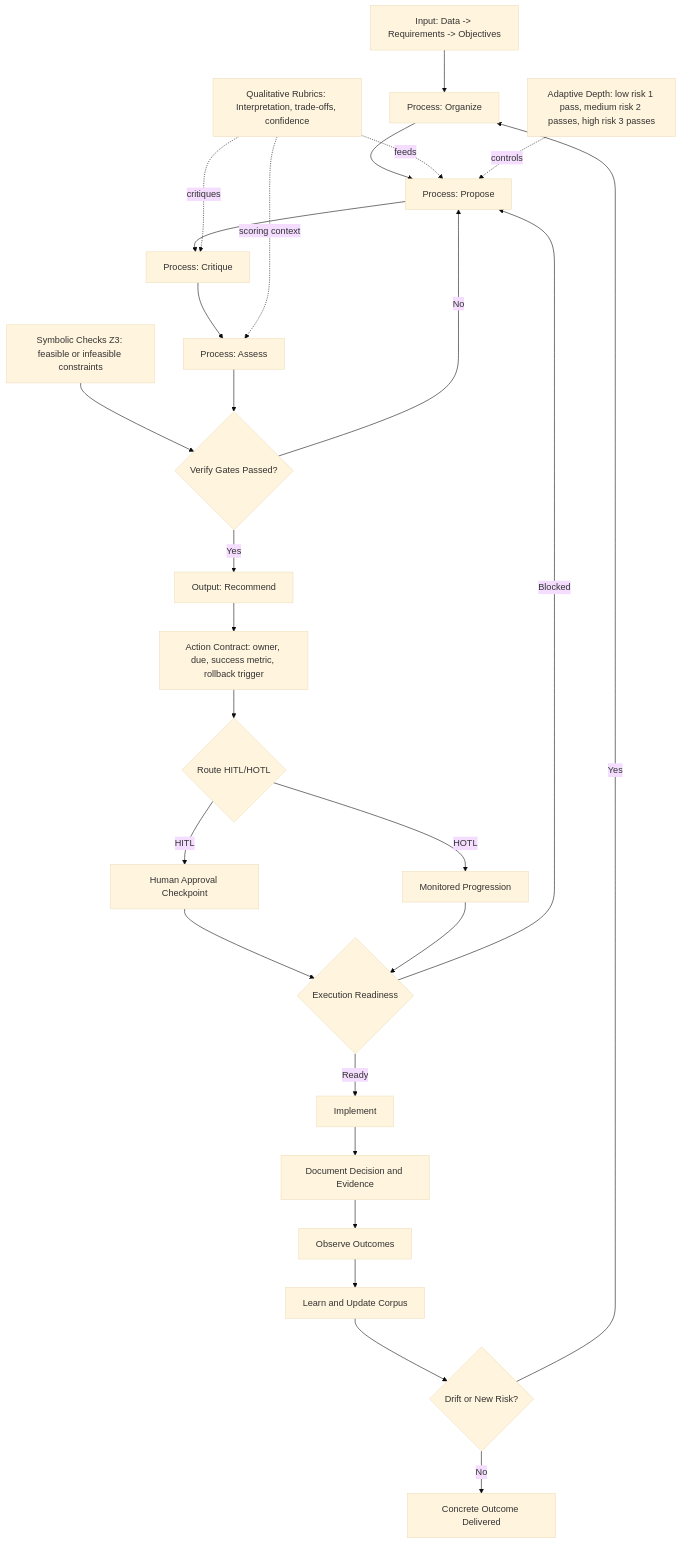
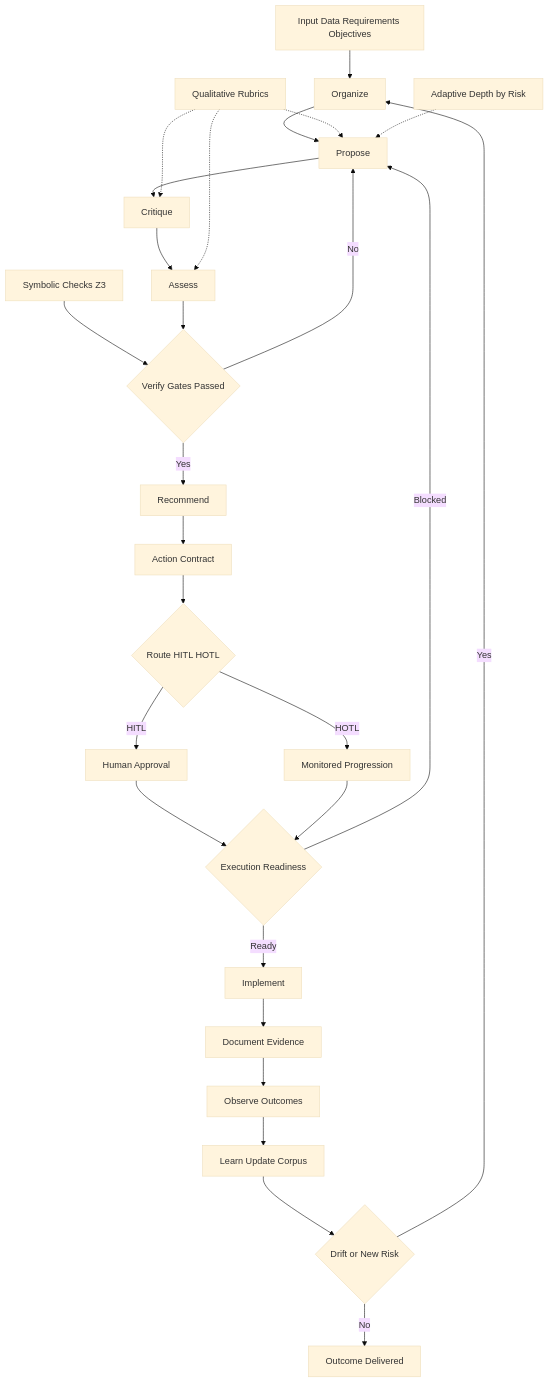
The diagram in README.md (woonweipong-hub/PCA), drawn with Mermaid (base theme) before and after one commit. The commit also changed other lines of this file and 3 other files, not shown here.

Commit message:
docs: refine diagrams and add vscode cli guide

````diff
--- a/README.md
+++ b/README.md
@@ -67,35 +67,35 @@
 ```mermaid
 flowchart TD
-  A[Input: Data -> Requirements -> Objectives] --> B[Process: Organize]
-  B --> C[Process: Propose]
-  C --> D[Process: Critique]
-  D --> E[Process: Assess]
+  A[Input Data Requirements Objectives] --> B[Organize]
+  B --> C[Propose]
+  C --> D[Critique]
+  D --> E[Assess]
 
-  Q["Qualitative Rubrics: Interpretation, trade-offs, confidence"] -. feeds .-> C
-  Q -. critiques .-> D
-  Q -. scoring context .-> E
+  Q[Qualitative Rubrics] -.-> C
+  Q -.-> D
+  Q -.-> E
 
-  S["Symbolic Checks Z3: feasible or infeasible constraints"] --> V{Verify Gates Passed?}
+  S[Symbolic Checks Z3] --> V{Verify Gates Passed}
   E --> V
 
-  X["Adaptive Depth: low risk 1 pass, medium risk 2 passes, high risk 3 passes"] -. controls .-> C
+  X[Adaptive Depth by Risk] -.-> C
 
   V -- No --> C
-  V -- Yes --> G[Output: Recommend]
-  G --> AC["Action Contract: owner, due, success metric, rollback trigger"]
-  AC --> R{Route HITL/HOTL}
-  R -- HITL --> H[Human Approval Checkpoint]
+  V -- Yes --> G[Recommend]
+  G --> AC[Action Contract]
+  AC --> R{Route HITL HOTL}
+  R -- HITL --> H[Human Approval]
   R -- HOTL --> M[Monitored Progression]
 
   H --> ER{Execution Readiness}
   M --> ER
   ER -- Ready --> I[Implement]
   ER -- Blocked --> C
 
-  I --> D1[Document Decision and Evidence]
+  I --> D1[Document Evidence]
   D1 --> O[Observe Outcomes]
-  O --> L[Learn and Update Corpus]
-  L --> N{Drift or New Risk?}
+  O --> L[Learn Update Corpus]
+  L --> N{Drift or New Risk}
   N -- Yes --> B
-  N -- No --> Z[Concrete Outcome Delivered]
+  N -- No --> Z[Outcome Delivered]
 ```
````
